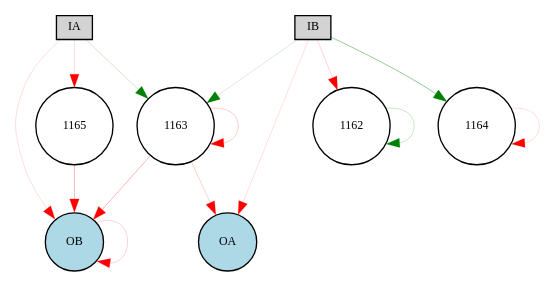
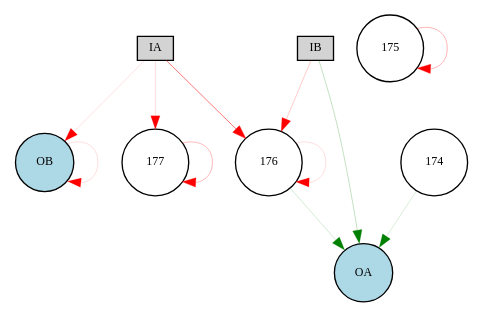
Before and after one commit to danxan/neuromorphic-evolution: the diagram in source/cont_exp/Digraph.gv, drawn with Graphviz. The commit also changed 5 other files, not shown here.

```diff
--- a/source/cont_exp/Digraph.gv
+++ b/source/cont_exp/Digraph.gv
@@ -1,23 +1,20 @@
 digraph {
 	node [fontsize=9 height=0.2 shape=circle width=0.2]
 	IA [fillcolor=lightgray shape=box style=filled]
 	IB [fillcolor=lightgray shape=box style=filled]
 	OA [fillcolor=lightblue style=filled]
 	OB [fillcolor=lightblue style=filled]
-	1163 [fillcolor=white style=filled]
-	1165 [fillcolor=white style=filled]
-	IA -> 1163 [color=green penwidth=0.1399496479178955 style=solid]
-	IA -> 1165 [color=red penwidth=0.1 style=solid]
-	IB -> 1162 [color=red penwidth=0.1263673784368819 style=solid]
-	IB -> 1163 [color=green penwidth=0.11350712962716003 style=solid]
-	IB -> 1164 [color=green penwidth=0.30612761843568476 style=solid]
-	1163 -> OA [color=red penwidth=0.13675399921477308 style=solid]
-	1163 -> OB [color=red penwidth=0.21762202365929106 style=solid]
-	1165 -> OB [color=red penwidth=0.19868550884165354 style=solid]
+	174 [fillcolor=white style=filled]
+	176 [fillcolor=white style=filled]
+	IA -> 176 [color=red penwidth=0.40122274795632207 style=solid]
+	IA -> 177 [color=red penwidth=0.1 style=solid]
+	IB -> 176 [color=red penwidth=0.1553078711956373 style=solid]
+	174 -> OA [color=green penwidth=0.1120571334097662 style=solid]
+	176 -> OA [color=green penwidth=0.1297409282587883 style=solid]
 	IA -> OB [color=red penwidth=0.1 style=solid]
-	IB -> OA [color=red penwidth=0.1 style=solid]
-	OB -> OB [color=red penwidth=0.1339401630269915 style=solid]
-	1162 -> 1162 [color=green penwidth=0.1594473567559517 style=solid]
-	1163 -> 1163 [color=red penwidth=0.14537729282495554 style=solid]
-	1164 -> 1164 [color=red penwidth=0.1 style=solid]
+	IB -> OA [color=green penwidth=0.18144240409041257 style=solid]
+	OB -> OB [color=red penwidth=0.1 style=solid]
+	175 -> 175 [color=red penwidth=0.21684120330705553 style=solid]
+	176 -> 176 [color=red penwidth=0.1 style=solid]
+	177 -> 177 [color=red penwidth=0.21204994118253973 style=solid]
 }
```
